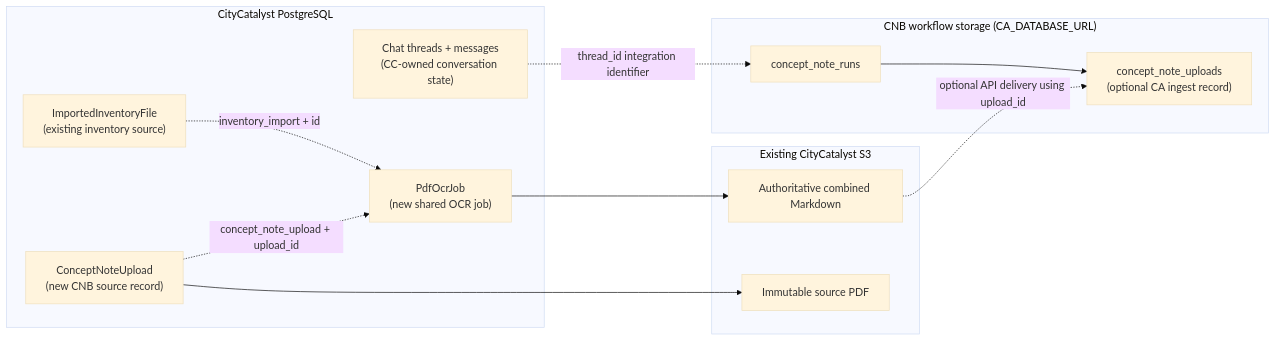
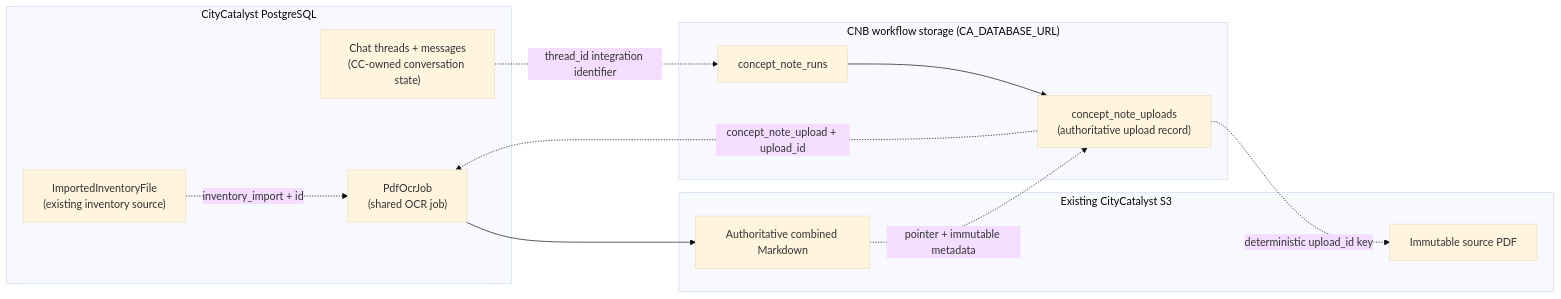
The third of 14 diagrams in docs/ConceptNoteBuilderArchitecture.md (Open-Earth-Foundation/CityCatalyst), drawn with Mermaid (base theme) before and after one commit. The commit also changed other lines of this file and 23 other files, not shown here.

Commit message:
feat: connect CNB uploads to PDF OCR

````diff
--- a/docs/ConceptNoteBuilderArchitecture.md
+++ b/docs/ConceptNoteBuilderArchitecture.md
@@ -239,27 +238,26 @@
 ```mermaid
 flowchart LR
     subgraph CCDB["CityCatalyst PostgreSQL"]
         Inventory["ImportedInventoryFile<br/>(existing inventory source)"]
         Chat["Chat threads + messages<br/>(CC-owned conversation state)"]
-        CNUpload["ConceptNoteUpload<br/>(new CNB source record)"]
-        OCR["PdfOcrJob<br/>(new shared OCR job)"]
+        OCR["PdfOcrJob<br/>(shared OCR job)"]
     end
 
     subgraph CCS3["Existing CityCatalyst S3"]
         Source["Immutable source PDF"]
         Markdown["Authoritative combined Markdown"]
     end
 
     subgraph CNBDB["CNB workflow storage (CA_DATABASE_URL)"]
         Run["concept_note_runs"]
-        Received["concept_note_uploads<br/>(optional CA ingest record)"]
+        Upload["concept_note_uploads<br/>(authoritative upload record)"]
     end
 
     Inventory -.->|"inventory_import + id"| OCR
-    CNUpload -.->|"concept_note_upload + upload_id"| OCR
-    CNUpload --> Source
+    Upload -.->|"concept_note_upload + upload_id"| OCR
+    Upload -.->|"deterministic upload_id key"| Source
     OCR --> Markdown
     Chat -.->|"thread_id integration identifier"| Run
-    Run --> Received
-    Markdown -.->|"optional API delivery using upload_id"| Received
+    Run --> Upload
+    Markdown -.->|"pointer + immutable metadata"| Upload
 ```
````
